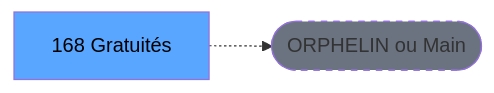
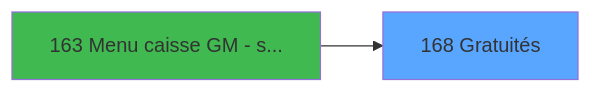
Before and after one commit to thonyAGP/magic-migration: the third of 4 diagrams in .openspec/specs/ADH-IDE-168.md, drawn with Mermaid. The commit also changed other lines of this file and 253 other files, not shown here.

````diff
--- a/.openspec/specs/ADH-IDE-168.md
+++ b/.openspec/specs/ADH-IDE-168.md
@@ -118,8 +1312,8 @@
 ```mermaid
 graph LR
-    T[168 Gratuités]
-    ORPHAN([ORPHELIN ou Main])
-    T -.-> ORPHAN
-    style T fill:#58a6ff,color:#000
-    style ORPHAN fill:#6b7280,stroke-dasharray: 5 5
+    T168[168 Gratuités]
+    style T168 fill:#58a6ff
+    CALLER163[163 Menu caisse GM - s...]
+    CALLER163 --> T168
+    style CALLER163 fill:#3fb950
 ```
````
